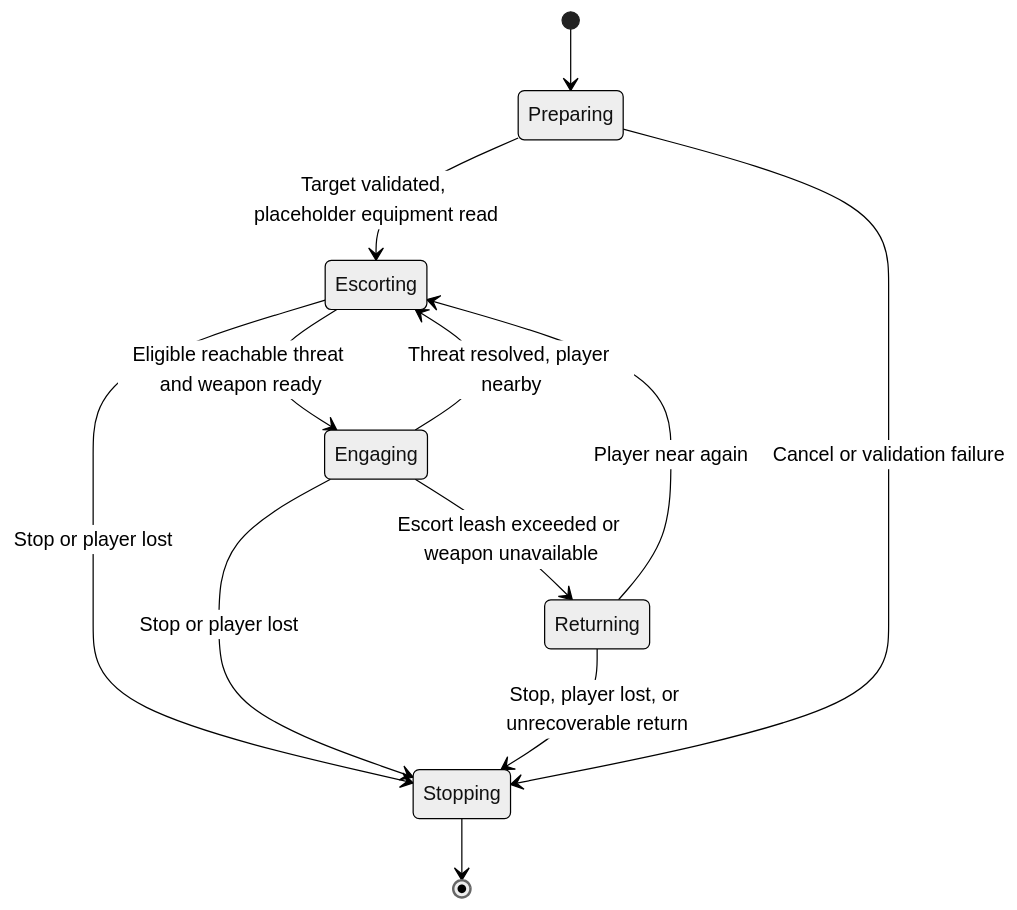
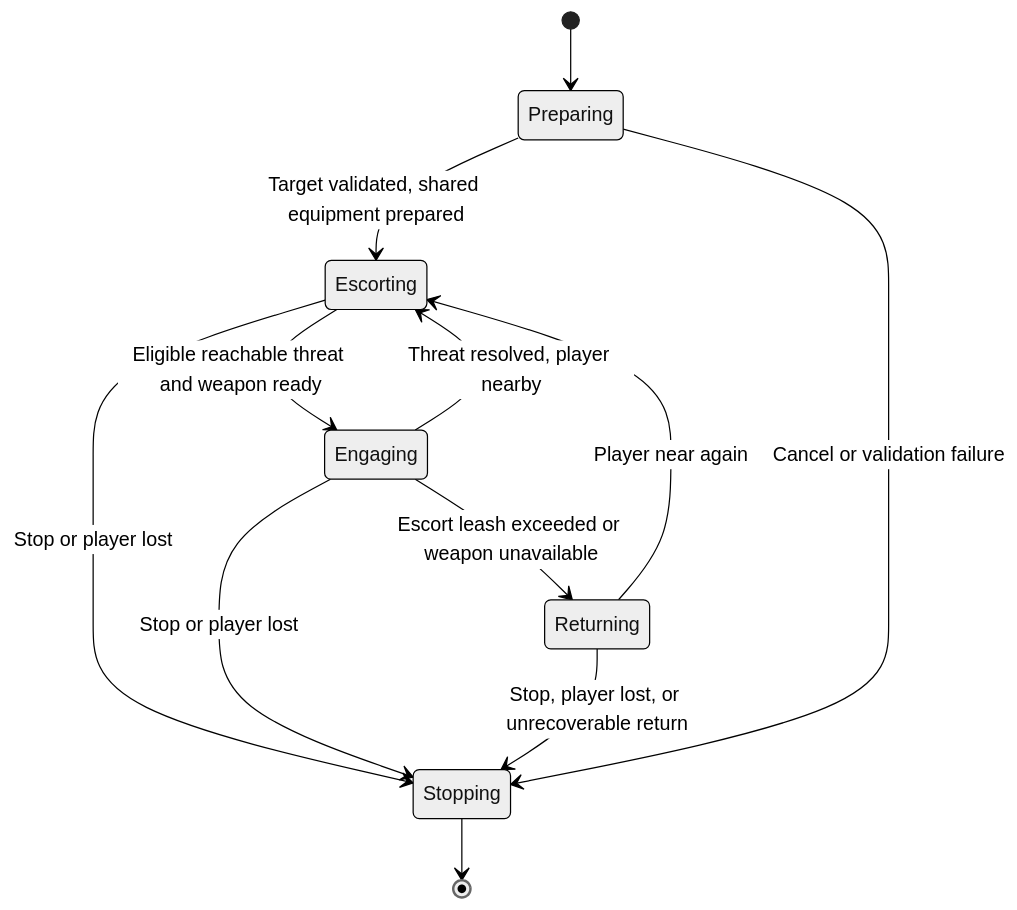
One commit to zhaungsont/Kanabot changed the first of 2 diagrams in docs/PROTECT_DESIGN.md. Above: the diagram before and after it, drawn with Mermaid (neutral theme). The commit also changed other lines of this file and 34 other files, not shown here.

````diff
--- a/docs/PROTECT_DESIGN.md
+++ b/docs/PROTECT_DESIGN.md
@@ -34,14 +34,14 @@
 ```mermaid
 stateDiagram-v2
     [*] --> Preparing
-    Preparing --> Escorting: Target validated, placeholder equipment read
+    Preparing --> Escorting: Target validated, shared equipment prepared
     Escorting --> Engaging: Eligible reachable threat and weapon ready
     Engaging --> Escorting: Threat resolved, player nearby
     Engaging --> Returning: Escort leash exceeded or weapon unavailable
     Returning --> Escorting: Player near again
     Escorting --> Stopping: Stop or player lost
     Engaging --> Stopping: Stop or player lost
     Returning --> Stopping: Stop, player lost, or unrecoverable return
     Preparing --> Stopping: Cancel or validation failure
     Stopping --> [*]
 ```
````
